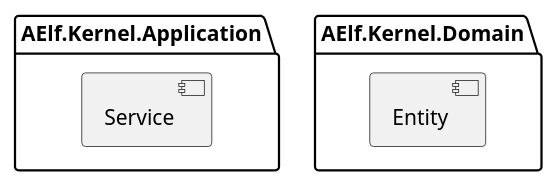
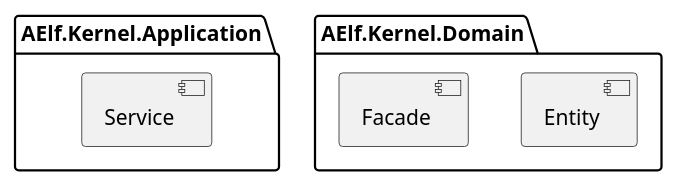
The second of 3 diagrams in docs/Development/architecture.md (AElfProject/AElf), drawn with PlantUML before and after one commit. The commit also changed other lines of this file, not shown here.

````diff
--- a/docs/Development/architecture.md
+++ b/docs/Development/architecture.md
@@ -53,15 +53,18 @@
 ```puml
 @startuml
 
 package "AElf.Kernel.Application" {
+  
   [Service]
+
 }
 
 package "AElf.Kernel.Domain" {
   [Entity]
-  
+  [Facade]
+
 }
 
 
 @enduml
 ```
````
